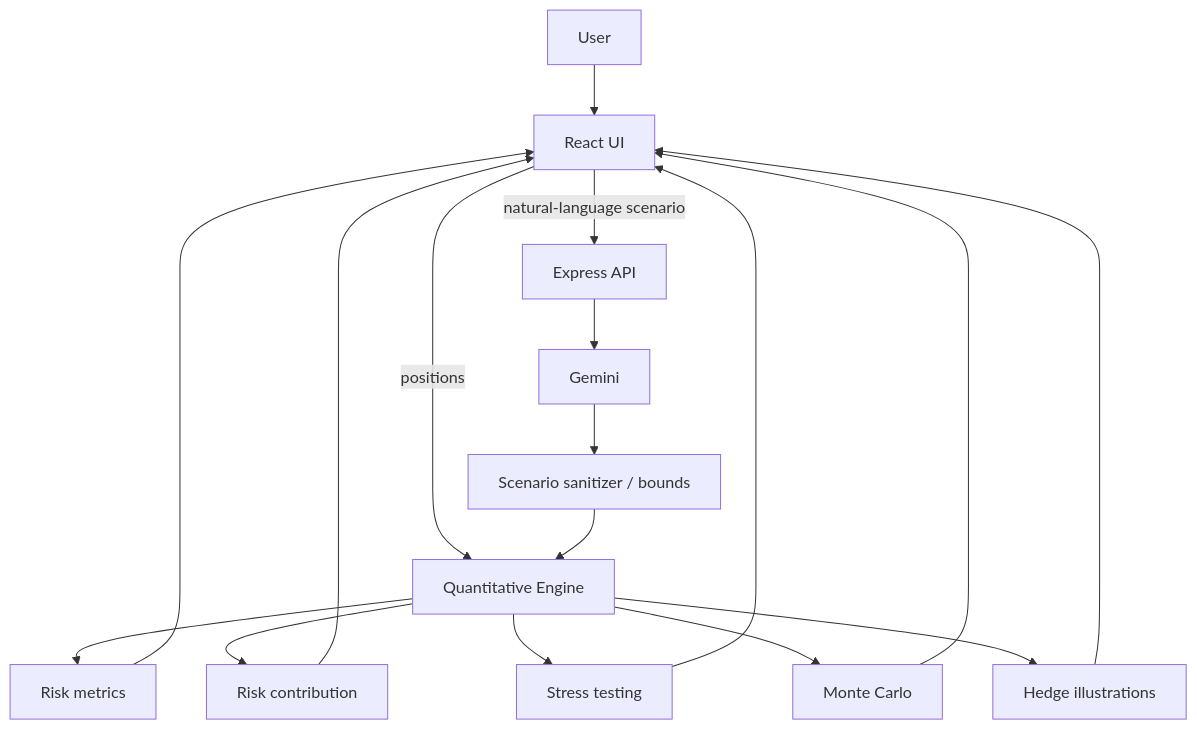
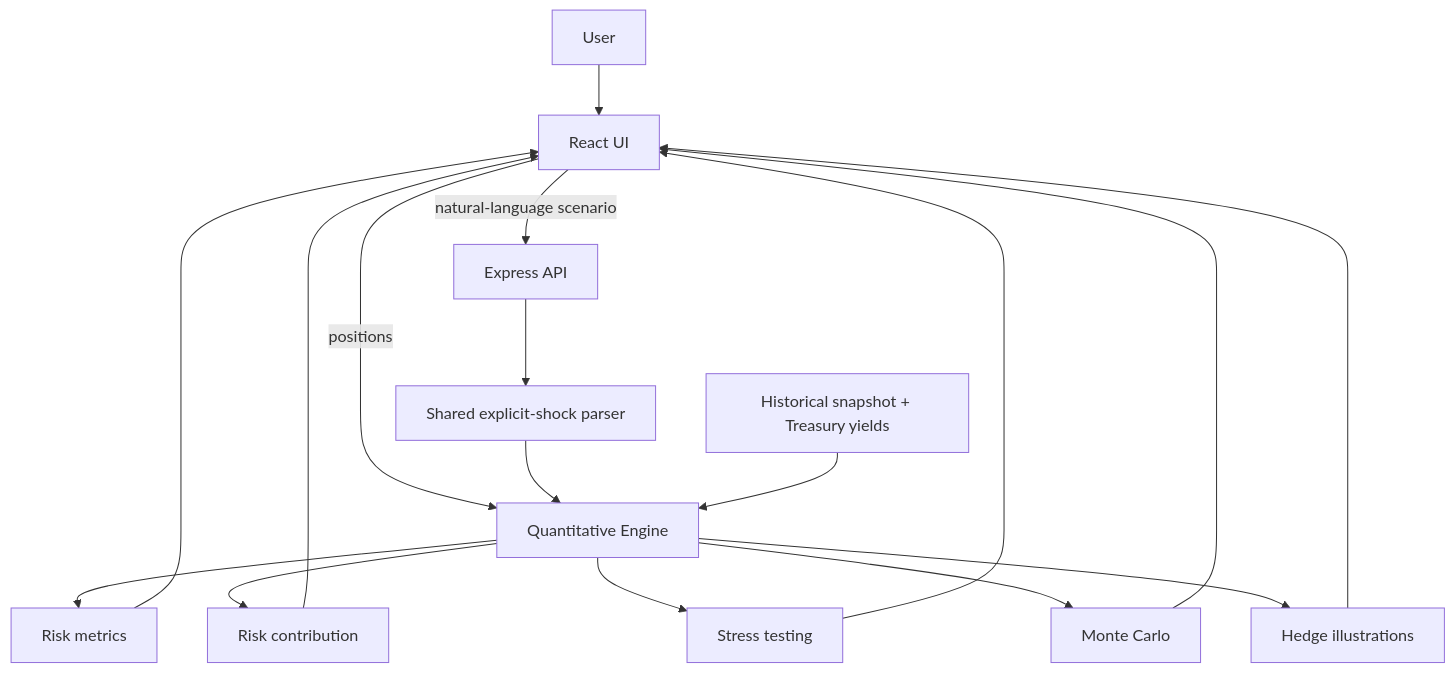
Before and after one commit to randeepgupta/risklab: the first of 2 diagrams in docs/architecture.md, drawn with Mermaid. The commit also changed other lines of this file and 74 other files, not shown here.

````diff
--- a/docs/architecture.md
+++ b/docs/architecture.md
@@ -13,21 +13,21 @@
 ```mermaid
 flowchart TD
     U[User] --> FE[React UI]
     FE -->|positions| QE[Quantitative Engine]
     FE -->|natural-language scenario| API[Express API]
-    API --> LLM[Gemini]
-    LLM --> SAN[Scenario sanitizer / bounds]
-    SAN --> QE
+    API --> PARSER[Shared explicit-shock parser]
+    PARSER --> QE
+    SNAP[Historical snapshot + Treasury yields] --> QE
 
     QE --> RM[Risk metrics]
     QE --> RC[Risk contribution]
     QE --> ST[Stress testing]
     QE --> MC[Monte Carlo]
     QE --> HG[Hedge illustrations]
 
     RM --> FE
     RC --> FE
     ST --> FE
     MC --> FE
     HG --> FE
 ```
````
